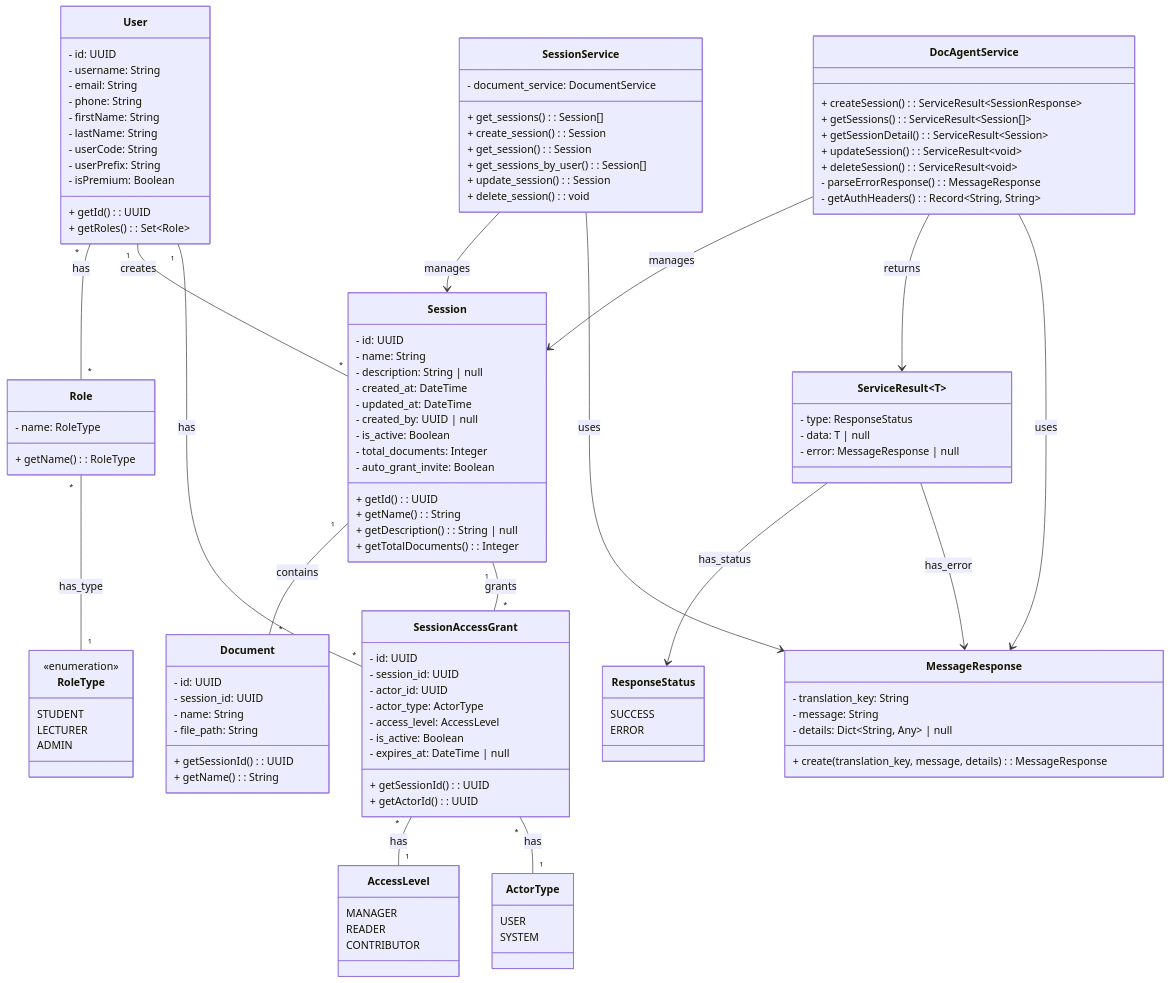
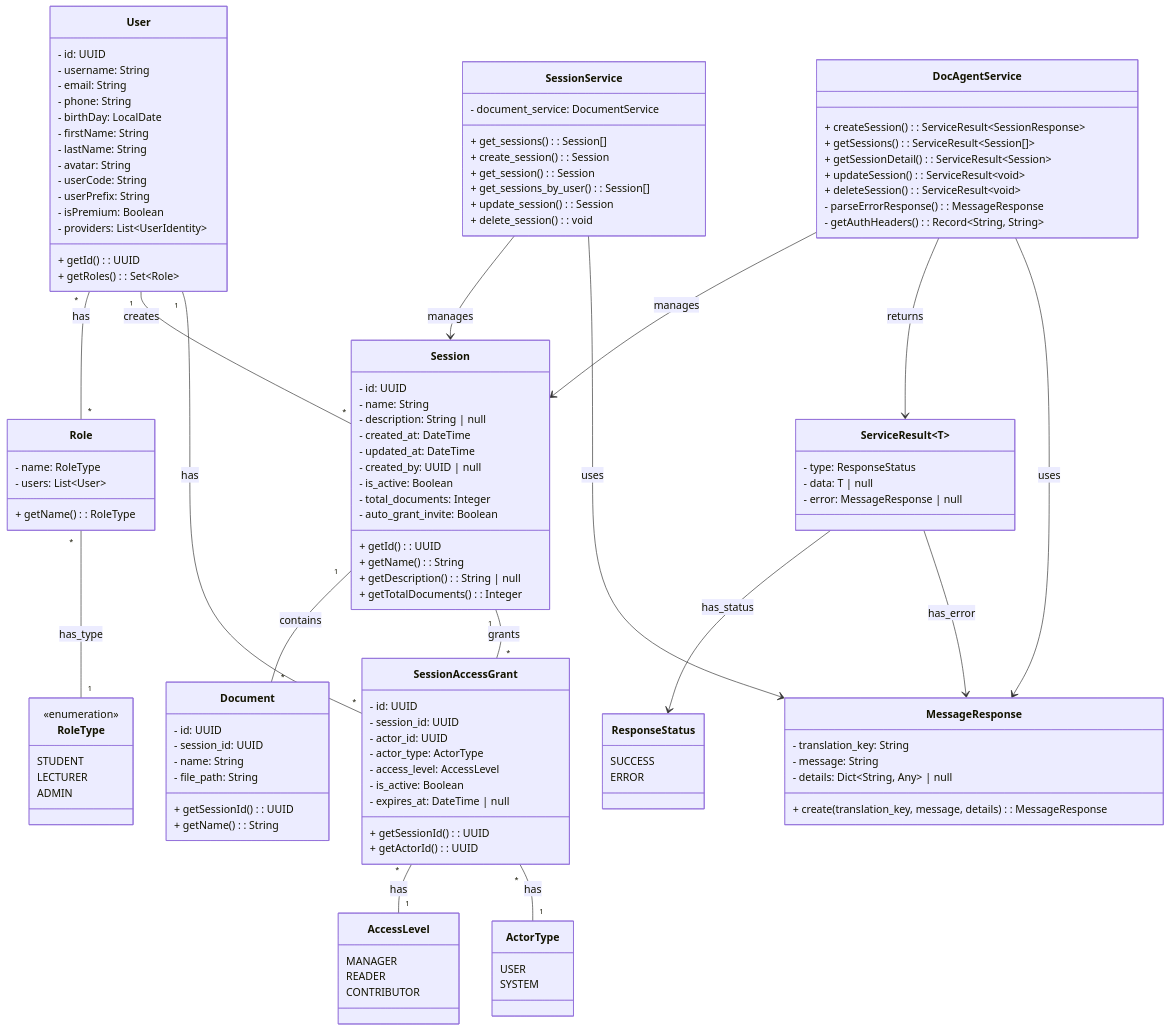
The diagram in session/3_session_management_cs_diagram.md (mduc-2610/gp_doc), drawn with Mermaid before and after one commit. The commit also changed 20 other files, not shown here.

```diff
--- a/session/3_session_management_cs_diagram.md
+++ b/session/3_session_management_cs_diagram.md
@@ -7,17 +7,21 @@
         - username: String
         - email: String
         - phone: String
+        - birthDay: LocalDate
         - firstName: String
         - lastName: String
+        - avatar: String
         - userCode: String
         - userPrefix: String
         - isPremium: Boolean
+        - providers: List~UserIdentity~
         + getId(): UUID
         + getRoles(): Set~Role~
     }
 
     class Role {
         - name: RoleType
+        - users: List~User~
         + getName(): RoleType
     }
 
```
